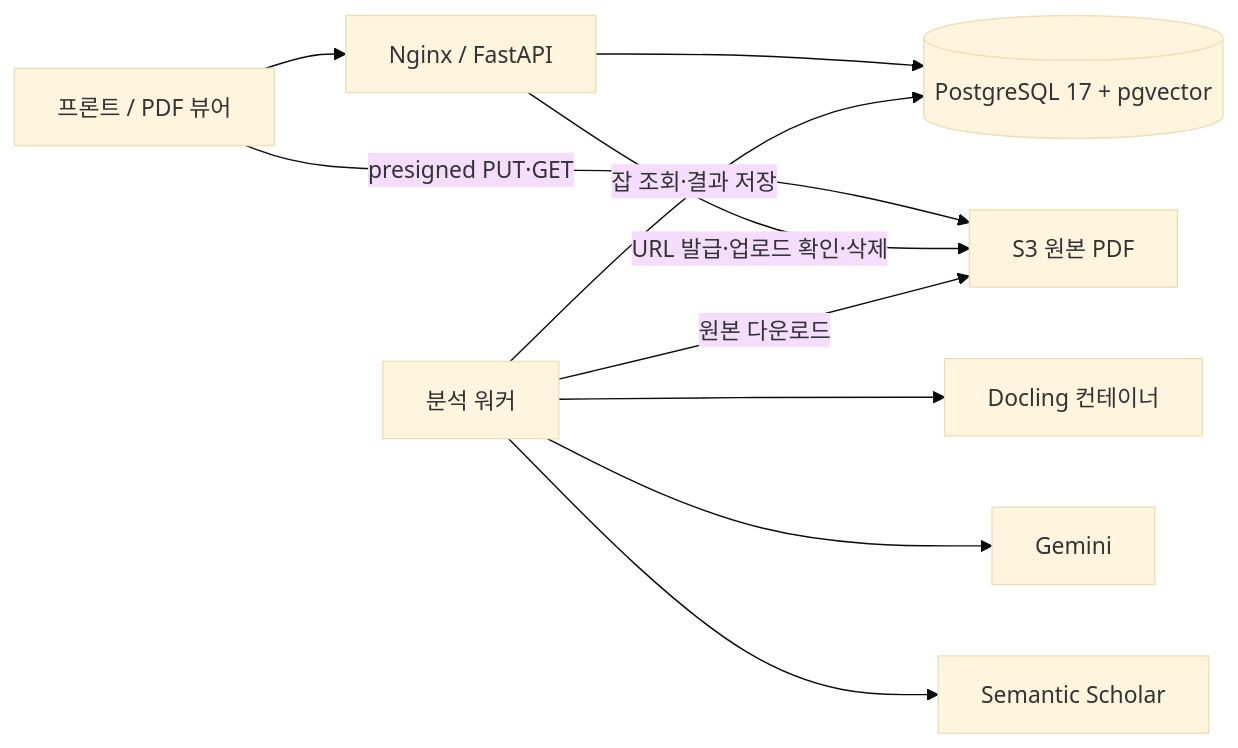
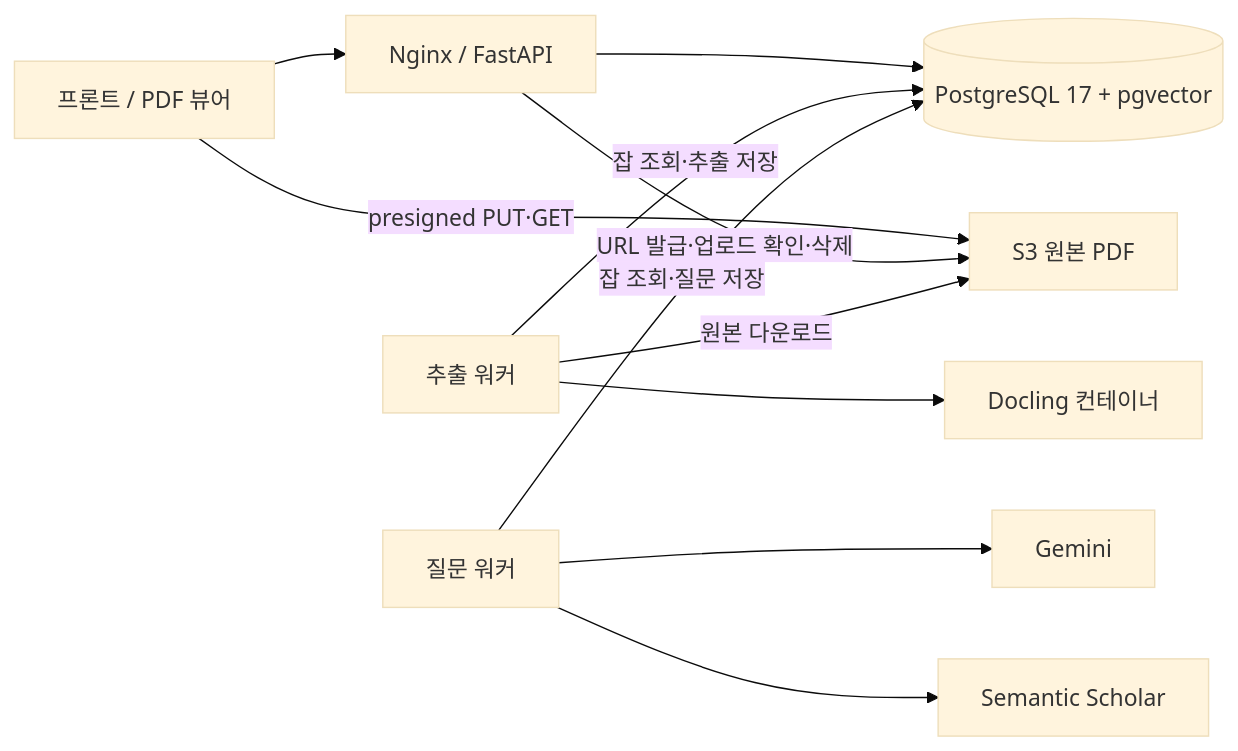
The diagram in docs/architecture.md (NLP-Ieobom/Ieobom), drawn with Mermaid (base theme) before and after one commit. The commit also changed other lines of this file and 11 other files, not shown here.

````diff
--- a/docs/architecture.md
+++ b/docs/architecture.md
@@ -7,12 +7,13 @@
 ```mermaid
 flowchart LR
     FE["프론트 / PDF 뷰어"] --> API["Nginx / FastAPI"]
     FE -- "presigned PUT·GET" --> S3["S3 원본 PDF"]
     API --> DB[("PostgreSQL 17 + pgvector")]
     API -- "URL 발급·업로드 확인·삭제" --> S3
-    WK["분석 워커"] -- "잡 조회·결과 저장" --> DB
-    WK -- "원본 다운로드" --> S3
-    WK --> DOC["Docling 컨테이너"]
-    WK --> GEM["Gemini"]
-    WK --> SS["Semantic Scholar"]
+    EX["추출 워커"] -- "잡 조회·추출 저장" --> DB
+    EX -- "원본 다운로드" --> S3
+    EX --> DOC["Docling 컨테이너"]
+    QW["질문 워커"] -- "잡 조회·질문 저장" --> DB
+    QW --> GEM["Gemini"]
+    QW --> SS["Semantic Scholar"]
 ```
````
